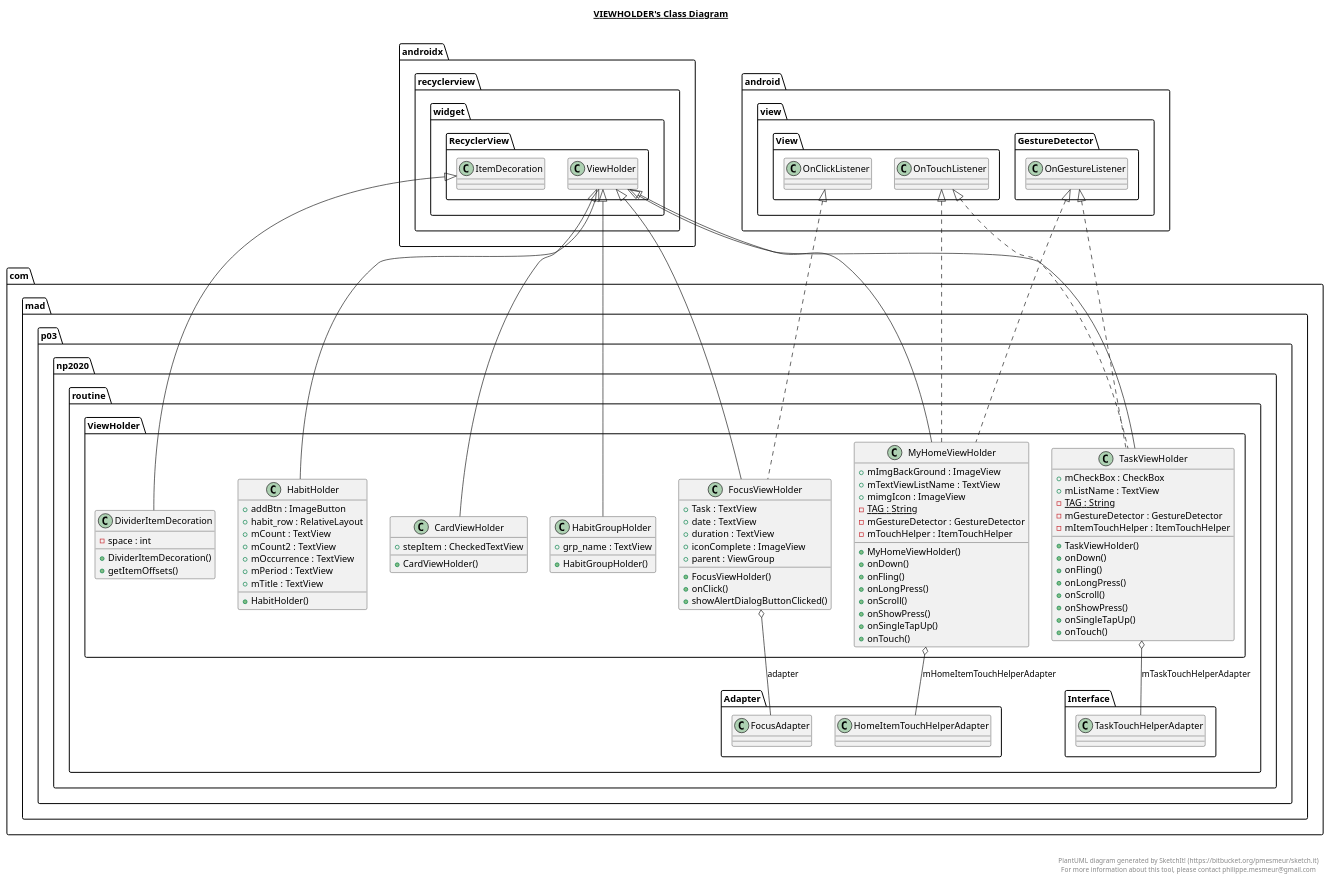
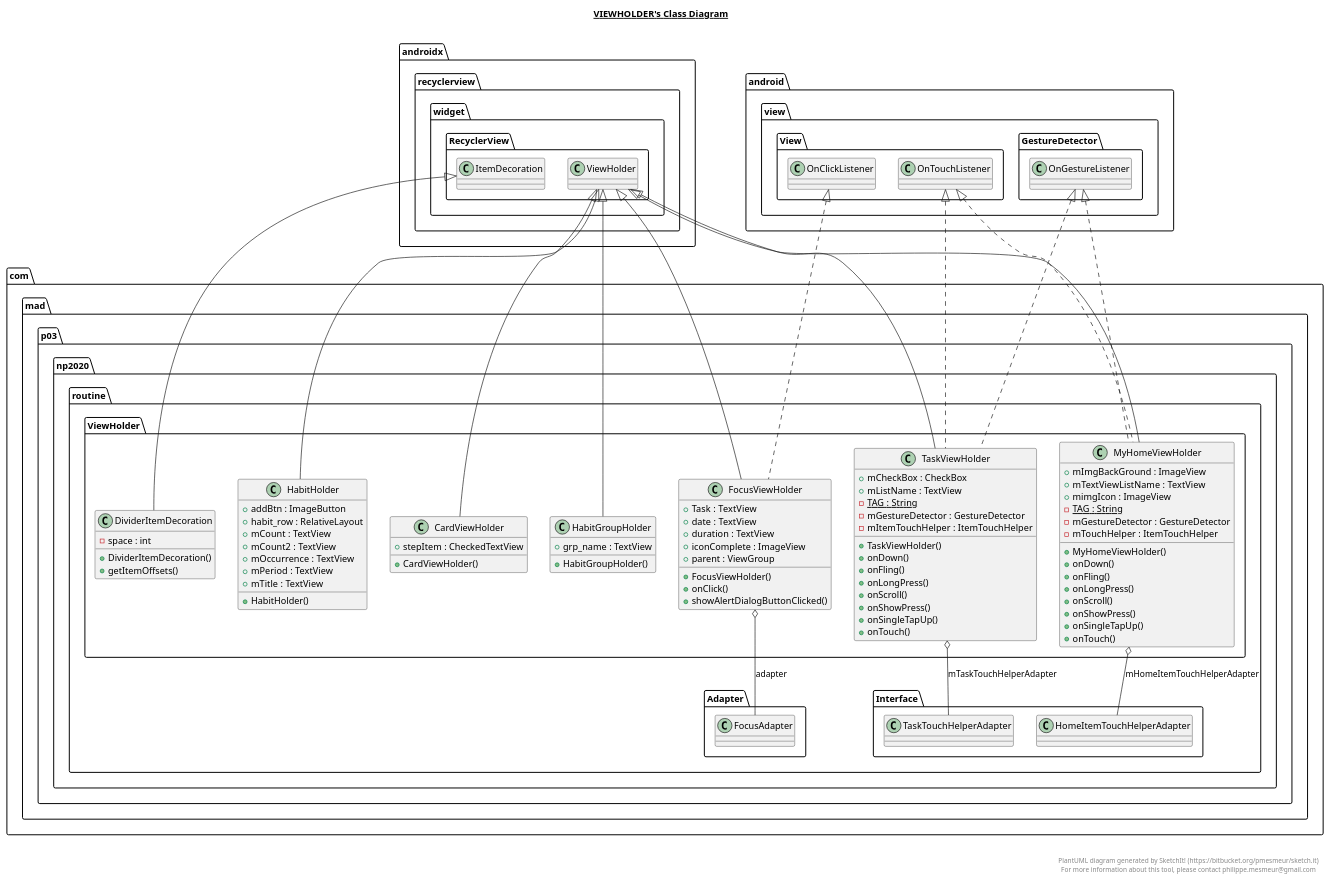
Before and after one commit to AppDevIn/Routine: the diagram in app/src/main/java/com/mad/p03/np2020/routine/ViewHolder/ViewHolder.plantuml, drawn with PlantUML. The commit also changed 7 other files, not shown here.

Commit message:
Update UML Diagram

```diff
--- a/app/src/main/java/com/mad/p03/np2020/routine/ViewHolder/ViewHolder.plantuml
+++ b/app/src/main/java/com/mad/p03/np2020/routine/ViewHolder/ViewHolder.plantuml
@@ -1,135 +1,135 @@
 @startuml
 
 title __VIEWHOLDER's Class Diagram__\n
 
   namespace com.mad.p03.np2020.routine {
     namespace ViewHolder {
       class com.mad.p03.np2020.routine.ViewHolder.CardViewHolder {
           + stepItem : CheckedTextView
           + CardViewHolder()
       }
     }
   }
   
 
   namespace com.mad.p03.np2020.routine {
     namespace ViewHolder {
       class com.mad.p03.np2020.routine.ViewHolder.DividerItemDecoration {
           - space : int
           + DividerItemDecoration()
           + getItemOffsets()
       }
     }
   }
   
 
   namespace com.mad.p03.np2020.routine {
     namespace ViewHolder {
       class com.mad.p03.np2020.routine.ViewHolder.FocusViewHolder {
           + Task : TextView
           + date : TextView
           + duration : TextView
           + iconComplete : ImageView
           + parent : ViewGroup
           + FocusViewHolder()
           + onClick()
           + showAlertDialogButtonClicked()
       }
     }
   }
   
 
   namespace com.mad.p03.np2020.routine {
     namespace ViewHolder {
       class com.mad.p03.np2020.routine.ViewHolder.HabitGroupHolder {
           + grp_name : TextView
           + HabitGroupHolder()
       }
     }
   }
   
 
   namespace com.mad.p03.np2020.routine {
     namespace ViewHolder {
       class com.mad.p03.np2020.routine.ViewHolder.HabitHolder {
           + addBtn : ImageButton
           + habit_row : RelativeLayout
           + mCount : TextView
           + mCount2 : TextView
           + mOccurrence : TextView
           + mPeriod : TextView
           + mTitle : TextView
           + HabitHolder()
       }
     }
   }
   
 
   namespace com.mad.p03.np2020.routine {
     namespace ViewHolder {
       class com.mad.p03.np2020.routine.ViewHolder.MyHomeViewHolder {
           + mImgBackGround : ImageView
           + mTextViewListName : TextView
           + mimgIcon : ImageView
           {static} - TAG : String
           - mGestureDetector : GestureDetector
           - mTouchHelper : ItemTouchHelper
           + MyHomeViewHolder()
           + onDown()
           + onFling()
           + onLongPress()
           + onScroll()
           + onShowPress()
           + onSingleTapUp()
           + onTouch()
       }
     }
   }
   
 
   namespace com.mad.p03.np2020.routine {
     namespace ViewHolder {
       class com.mad.p03.np2020.routine.ViewHolder.TaskViewHolder {
           + mCheckBox : CheckBox
           + mListName : TextView
           {static} - TAG : String
           - mGestureDetector : GestureDetector
           - mItemTouchHelper : ItemTouchHelper
           + TaskViewHolder()
           + onDown()
           + onFling()
           + onLongPress()
           + onScroll()
           + onShowPress()
           + onSingleTapUp()
           + onTouch()
       }
     }
   }
   
 
   com.mad.p03.np2020.routine.ViewHolder.CardViewHolder -up-|> androidx.recyclerview.widget.RecyclerView.ViewHolder
   com.mad.p03.np2020.routine.ViewHolder.DividerItemDecoration -up-|> androidx.recyclerview.widget.RecyclerView.ItemDecoration
   com.mad.p03.np2020.routine.ViewHolder.FocusViewHolder .up.|> android.view.View.OnClickListener
   com.mad.p03.np2020.routine.ViewHolder.FocusViewHolder -up-|> androidx.recyclerview.widget.RecyclerView.ViewHolder
   com.mad.p03.np2020.routine.ViewHolder.FocusViewHolder o-- com.mad.p03.np2020.routine.Adapter.FocusAdapter : adapter
   com.mad.p03.np2020.routine.ViewHolder.HabitGroupHolder -up-|> androidx.recyclerview.widget.RecyclerView.ViewHolder
   com.mad.p03.np2020.routine.ViewHolder.HabitHolder -up-|> androidx.recyclerview.widget.RecyclerView.ViewHolder
   com.mad.p03.np2020.routine.ViewHolder.MyHomeViewHolder .up.|> android.view.GestureDetector.OnGestureListener
   com.mad.p03.np2020.routine.ViewHolder.MyHomeViewHolder .up.|> android.view.View.OnTouchListener
   com.mad.p03.np2020.routine.ViewHolder.MyHomeViewHolder -up-|> androidx.recyclerview.widget.RecyclerView.ViewHolder
-  com.mad.p03.np2020.routine.ViewHolder.MyHomeViewHolder o-- com.mad.p03.np2020.routine.Adapter.HomeItemTouchHelperAdapter : mHomeItemTouchHelperAdapter
+  com.mad.p03.np2020.routine.ViewHolder.MyHomeViewHolder o-- com.mad.p03.np2020.routine.Interface.HomeItemTouchHelperAdapter : mHomeItemTouchHelperAdapter
   com.mad.p03.np2020.routine.ViewHolder.TaskViewHolder .up.|> android.view.GestureDetector.OnGestureListener
   com.mad.p03.np2020.routine.ViewHolder.TaskViewHolder .up.|> android.view.View.OnTouchListener
   com.mad.p03.np2020.routine.ViewHolder.TaskViewHolder -up-|> androidx.recyclerview.widget.RecyclerView.ViewHolder
   com.mad.p03.np2020.routine.ViewHolder.TaskViewHolder o-- com.mad.p03.np2020.routine.Interface.TaskTouchHelperAdapter : mTaskTouchHelperAdapter
 
 
 right footer
 
 
 PlantUML diagram generated by SketchIt! (https://bitbucket.org/pmesmeur/sketch.it)
 For more information about this tool, please contact philippe.mesmeur@gmail.com
 endfooter
 
 @enduml
```
